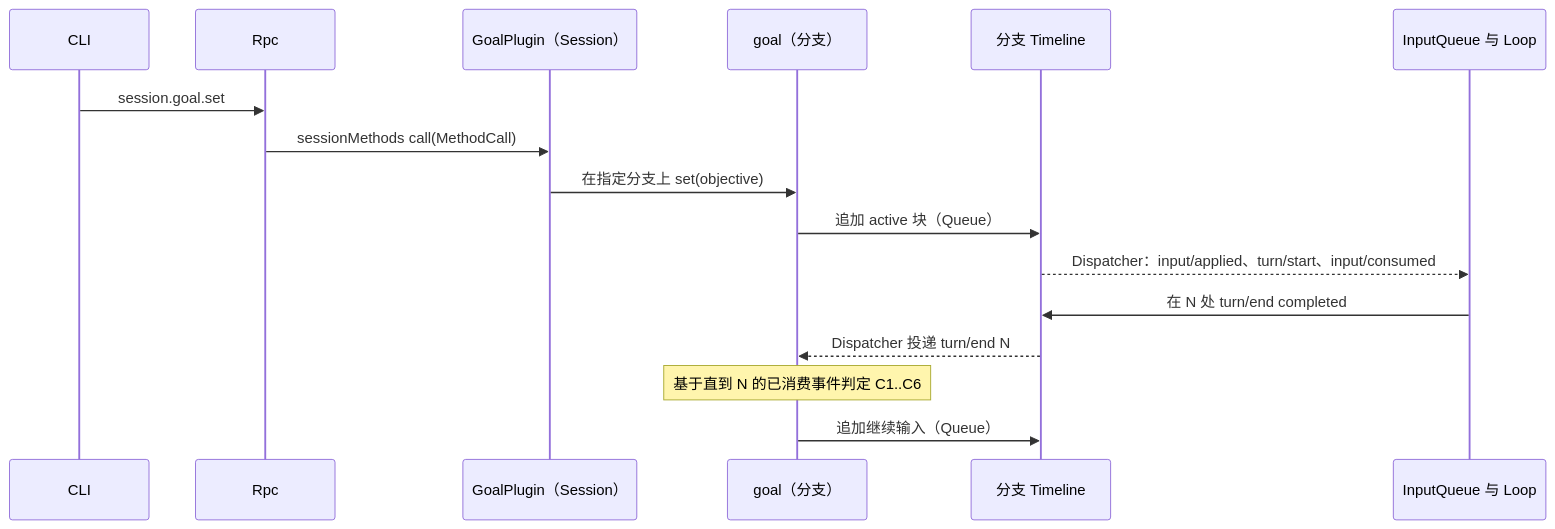
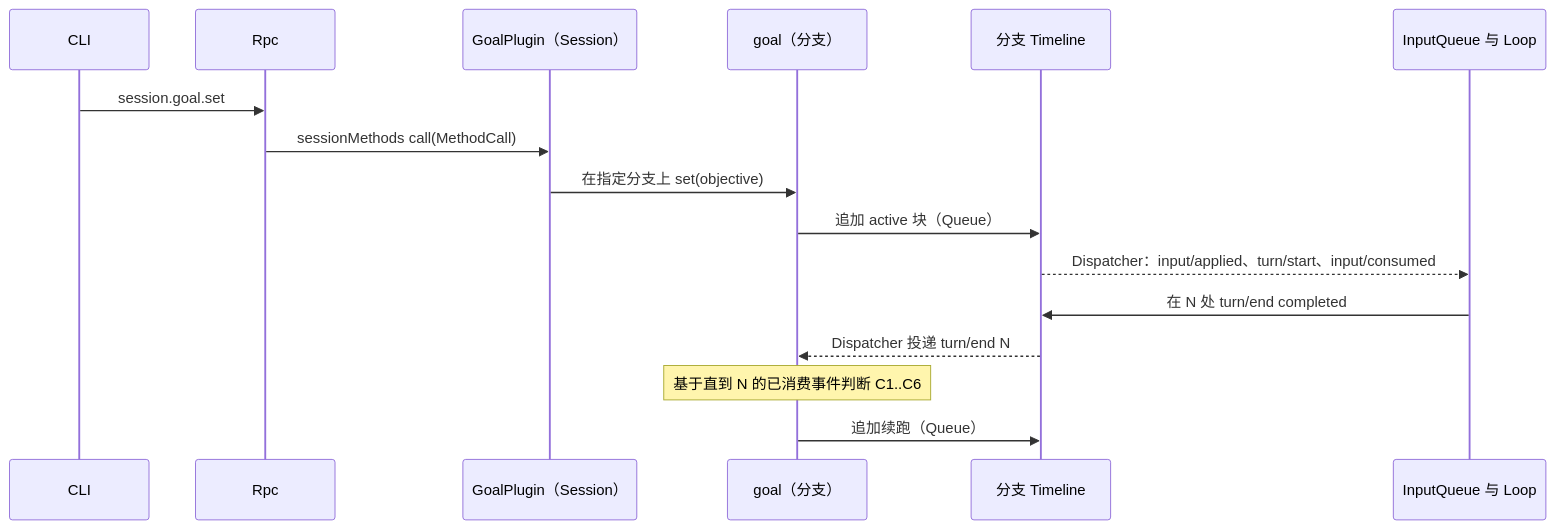
Before and after one commit to CoutinhoTTS/dim-agent: the third of 6 diagrams in docs/zh/design/plugins/Goal.md, drawn with Mermaid. The commit also changed other lines of this file and 18 other files, not shown here.

````diff
--- a/docs/zh/design/plugins/Goal.md
+++ b/docs/zh/design/plugins/Goal.md
@@ -85,18 +85,18 @@
 ```mermaid
 sequenceDiagram
   participant CLI
   participant Rpc
   participant GS as GoalPlugin（Session）
   participant G as goal（分支）
   participant TL as 分支 Timeline
   participant IQ as InputQueue 与 Loop
   CLI->>Rpc: session.goal.set
   Rpc->>GS: sessionMethods call(MethodCall)
   GS->>G: 在指定分支上 set(objective)
   G->>TL: 追加 active 块（Queue）
   TL-->>IQ: Dispatcher：input/applied、turn/start、input/consumed
   IQ->>TL: 在 N 处 turn/end completed
   TL-->>G: Dispatcher 投递 turn/end N
-  Note over G: 基于直到 N 的已消费事件判定 C1..C6
-  G->>TL: 追加继续输入（Queue）
+  Note over G: 基于直到 N 的已消费事件判断 C1..C6
+  G->>TL: 追加续跑（Queue）
 ```
````
